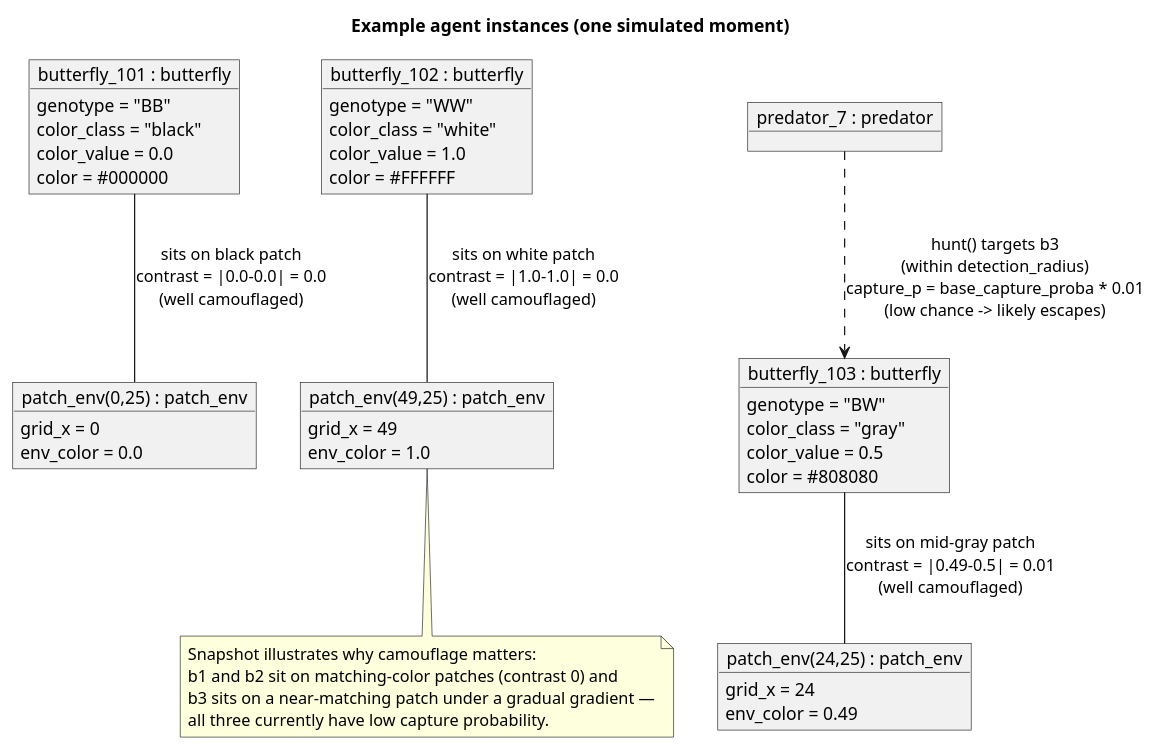
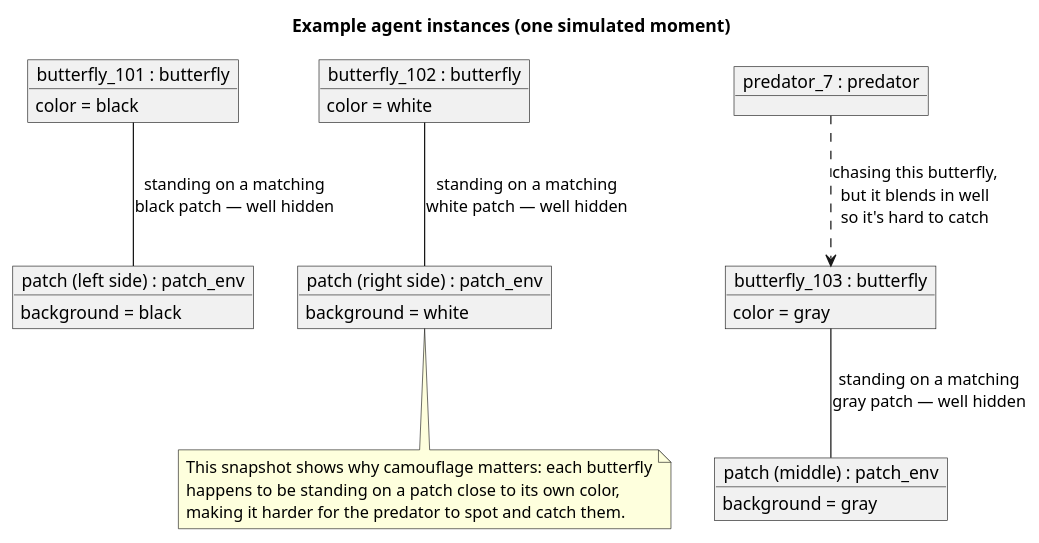
One commit to oudommeng/SSO-GAMA-Butterfly-Coloration-Evolution changed the diagram in diagrams/object_diagram.puml. Above: the diagram before and after it, drawn with PlantUML. The commit also changed 3 other files, not shown here.

Commit message:
docs: simplify PlantUML diagram text and descriptions for better readability

```diff
--- a/diagrams/object_diagram.puml
+++ b/diagrams/object_diagram.puml
@@ -1,55 +1,42 @@
 @startuml Project01_ObjectDiagram
 title Example agent instances (one simulated moment)
 
 object "butterfly_101 : butterfly" as b1 {
-  genotype = "BB"
-  color_class = "black"
-  color_value = 0.0
-  color = #000000
+  color = black
 }
 
 object "butterfly_102 : butterfly" as b2 {
-  genotype = "WW"
-  color_class = "white"
-  color_value = 1.0
-  color = #FFFFFF
+  color = white
 }
 
 object "butterfly_103 : butterfly" as b3 {
-  genotype = "BW"
-  color_class = "gray"
-  color_value = 0.5
-  color = #808080
+  color = gray
 }
 
 object "predator_7 : predator" as p1
 
-object "patch_env(0,25) : patch_env" as patchA {
-  grid_x = 0
-  env_color = 0.0
+object "patch (left side) : patch_env" as patchA {
+  background = black
 }
 
-object "patch_env(24,25) : patch_env" as patchC {
-  grid_x = 24
-  env_color = 0.49
+object "patch (middle) : patch_env" as patchC {
+  background = gray
 }
 
-object "patch_env(49,25) : patch_env" as patchB {
-  grid_x = 49
-  env_color = 1.0
+object "patch (right side) : patch_env" as patchB {
+  background = white
 }
 
-b1 -- patchA : sits on black patch\ncontrast = |0.0-0.0| = 0.0\n(well camouflaged)
-b3 -- patchC : sits on mid-gray patch\ncontrast = |0.49-0.5| = 0.01\n(well camouflaged)
-b2 -- patchB : sits on white patch\ncontrast = |1.0-1.0| = 0.0\n(well camouflaged)
+b1 -- patchA : standing on a matching\nblack patch — well hidden
+b3 -- patchC : standing on a matching\ngray patch — well hidden
+b2 -- patchB : standing on a matching\nwhite patch — well hidden
 
-p1 ..> b3 : hunt() targets b3\n(within detection_radius)\ncapture_p = base_capture_proba * 0.01\n(low chance -> likely escapes)
+p1 ..> b3 : chasing this butterfly,\nbut it blends in well\nso it's hard to catch
 
 note bottom
-  Snapshot illustrates why camouflage matters:
-  b1 and b2 sit on matching-color patches (contrast 0) and
-  b3 sits on a near-matching patch under a gradual gradient —
-  all three currently have low capture probability.
+  This snapshot shows why camouflage matters: each butterfly
+  happens to be standing on a patch close to its own color,
+  making it harder for the predator to spot and catch them.
 end note
 
 @enduml
```
